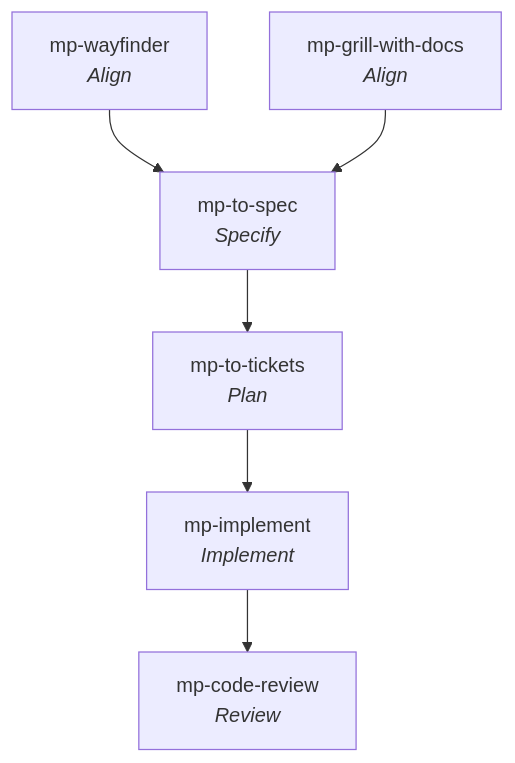
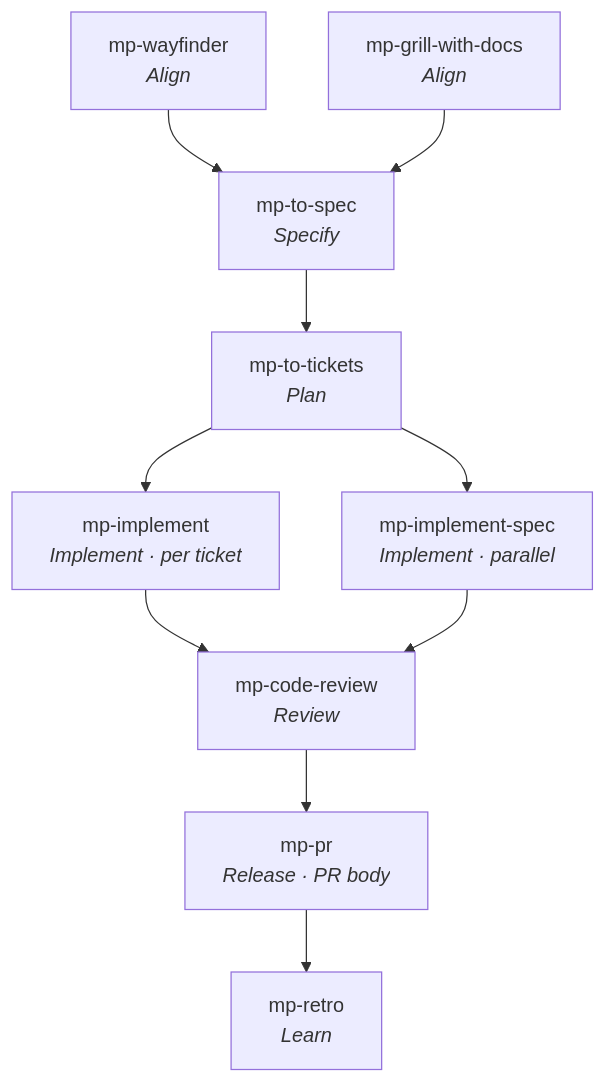
Before and after one commit to pmackay/sdlc-wiki: the diagram in wiki/framework/matt-pocock-skills.md, drawn with Mermaid. The commit also changed other lines of this file and 22 other files, not shown here.

````diff
--- a/wiki/framework/matt-pocock-skills.md
+++ b/wiki/framework/matt-pocock-skills.md
@@ -14,6 +14,9 @@
 ```mermaid
 flowchart TB
     A1["mp-wayfinder<br/><i>Align</i>"] --> S["mp-to-spec<br/><i>Specify</i>"]
     A2["mp-grill-with-docs<br/><i>Align</i>"] --> S
-    S --> P["mp-to-tickets<br/><i>Plan</i>"] --> I["mp-implement<br/><i>Implement</i>"] --> R["mp-code-review<br/><i>Review</i>"]
+    S --> P["mp-to-tickets<br/><i>Plan</i>"]
+    P --> I1["mp-implement<br/><i>Implement · per ticket</i>"] --> R["mp-code-review<br/><i>Review</i>"]
+    P --> I2["mp-implement-spec<br/><i>Implement · parallel</i>"] --> R
+    R --> PR["mp-pr<br/><i>Release · PR body</i>"] --> L["mp-retro<br/><i>Learn</i>"]
 ```
````
